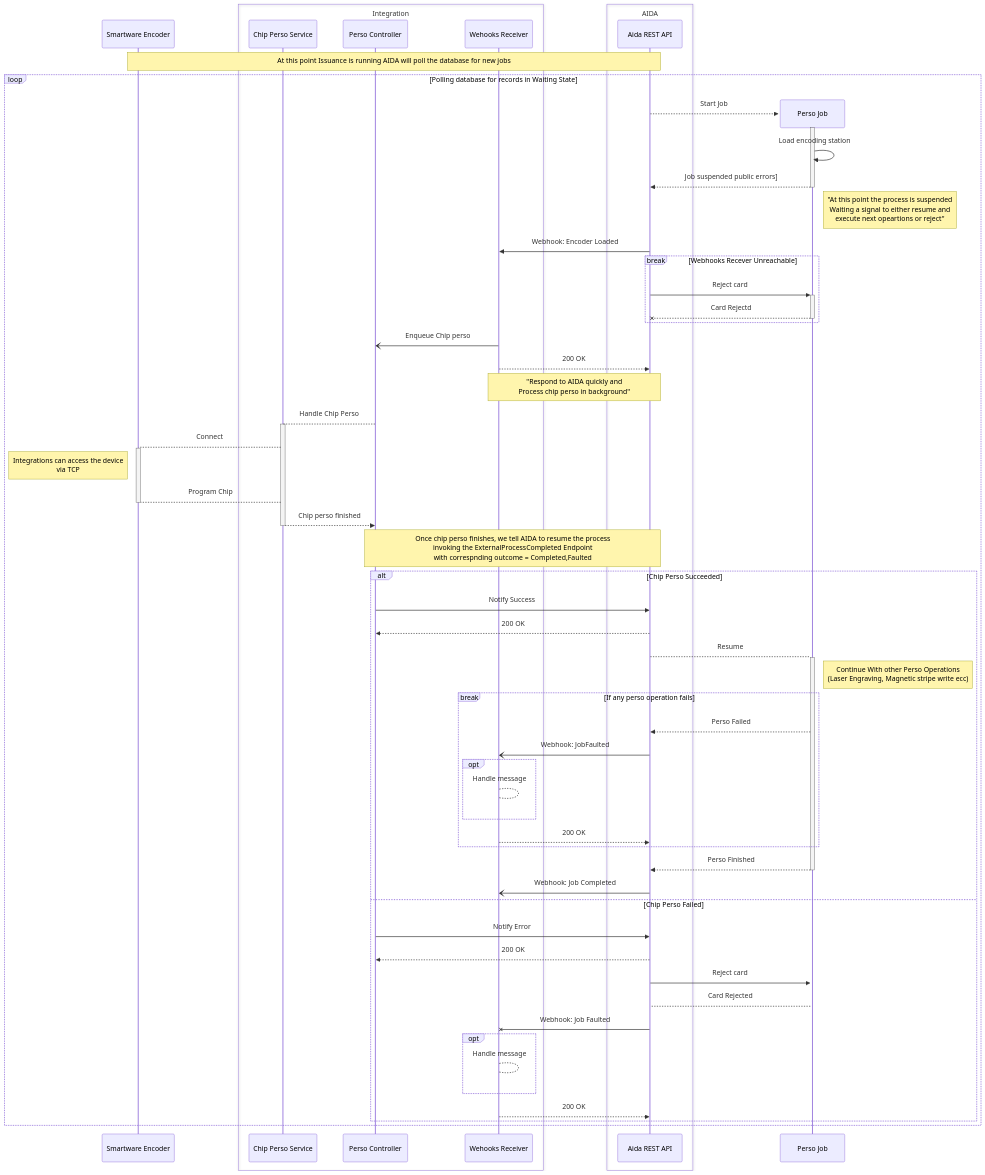
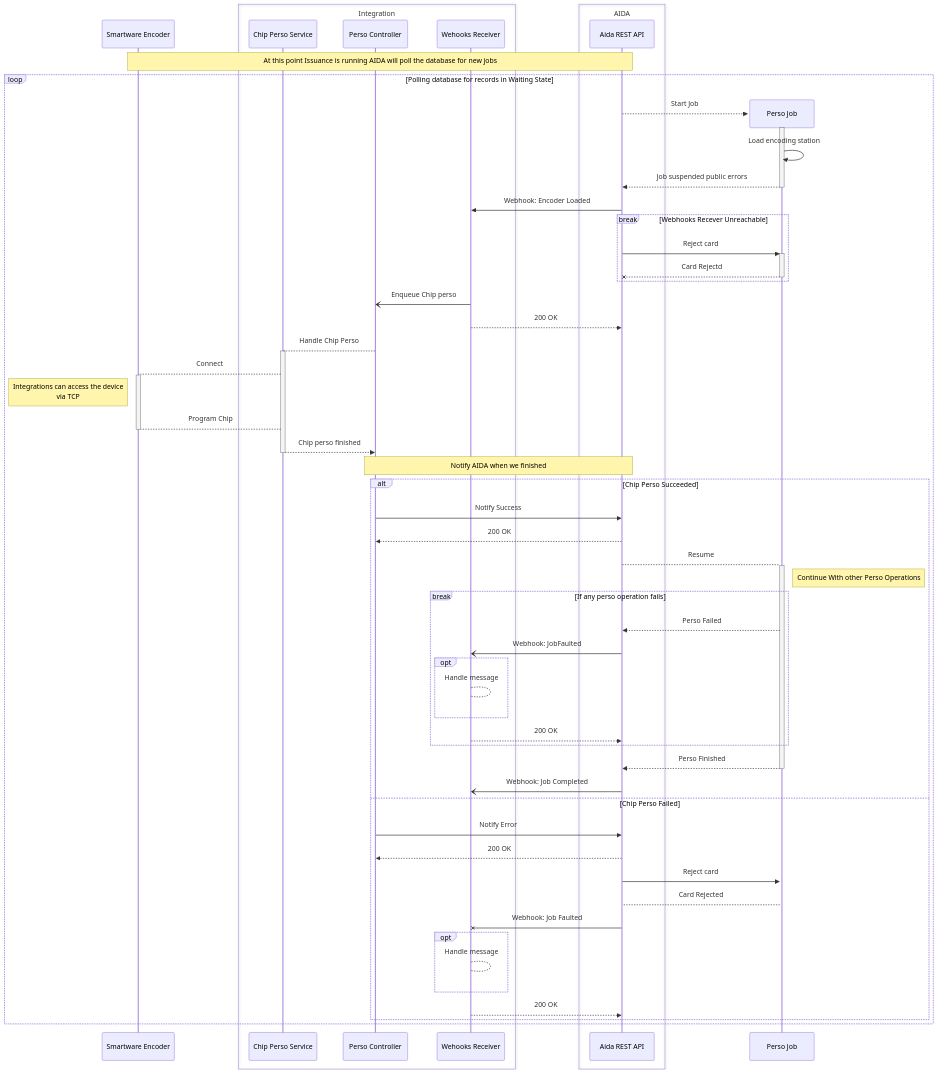
One commit to ixla-dev/ixla-docs changed the second of 2 diagrams in webhooks-integration.md. Above: the diagram before and after it, drawn with Mermaid.

Commit message:
Removing markup and long comments

```diff
--- a/webhooks-integration.md
+++ b/webhooks-integration.md
@@ -665,21 +665,18 @@
         activate j
 
         j ->> j: Load encoding station
-        j -->>  a : Job suspended public errors]
+        j -->>  a : Job suspended public errors
         deactivate j
-        note right of j: "At this point the process is suspended<br/>Waiting a signal to either resume and<br/>execute next opeartions or reject"
 
-        a ->>   w : Webhook: Encoder Loaded
+        a ->>w  : Webhook: Encoder Loaded
+
         break Webhooks Recever Unreachable
-        a ->>+j : Reject card
-        j --x-a : Card Rejectd        
+            a ->>+j : Reject card
+            j --x-a : Card Rejectd        
         end
-
-
 
         w -) p : Enqueue Chip perso 
         w -->> a : 200 OK 
-        note over w, a: "Respond to AIDA quickly and<br/> Process chip perso in background" 
         p --> c : Handle Chip Perso
         
         activate c
@@ -692,14 +689,14 @@
        
        deactivate c
        
-       note over p,a: Once chip perso finishes, we tell AIDA to resume the process<br/> invoking the ExternalProcessCompleted Endpoint<br/> with correspnding outcome = Completed,Faulted
+       note over p,a: Notify AIDA when we finished
 
        alt Chip Perso Succeeded
         p ->> a : Notify Success
         a -->>p : 200 OK
         a -->+j : Resume
         
-        note right of j: Continue With other Perso Operations<br/> (Laser Engraving, Magnetic stripe write ecc)
+        note right of j: Continue With other Perso Operations
 
         break If any perso operation fails
             j -->> a: Perso Failed
```
